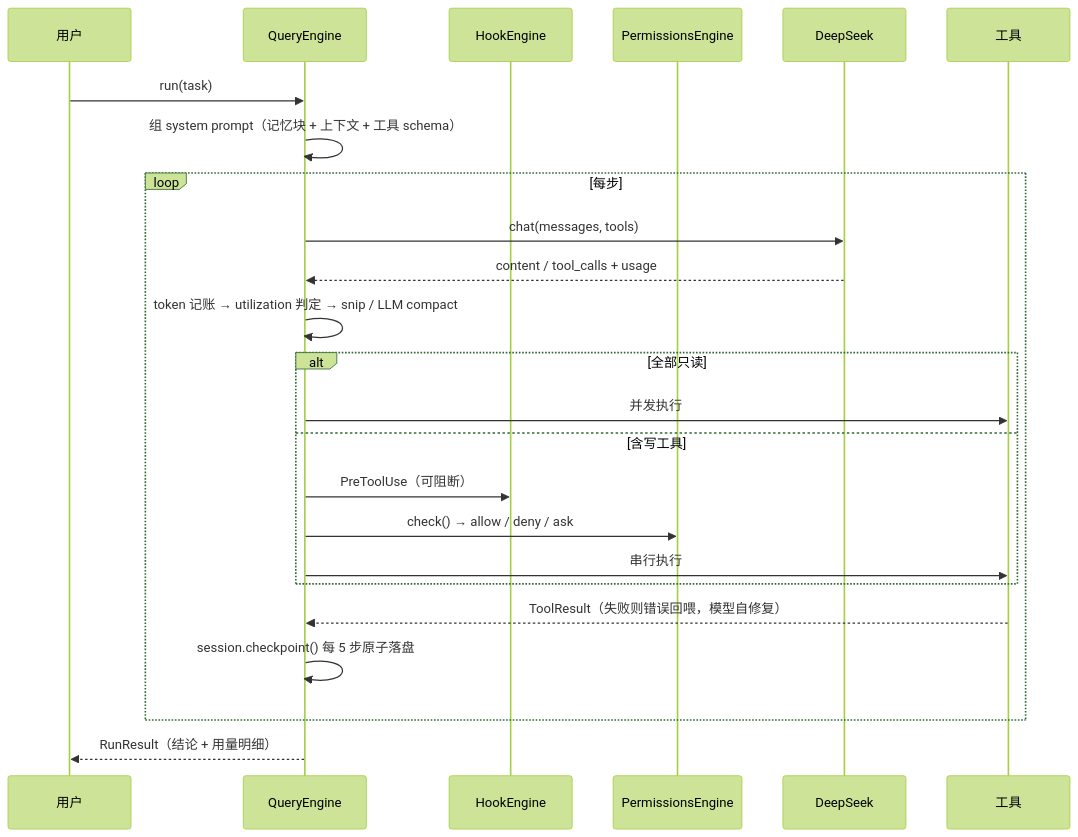
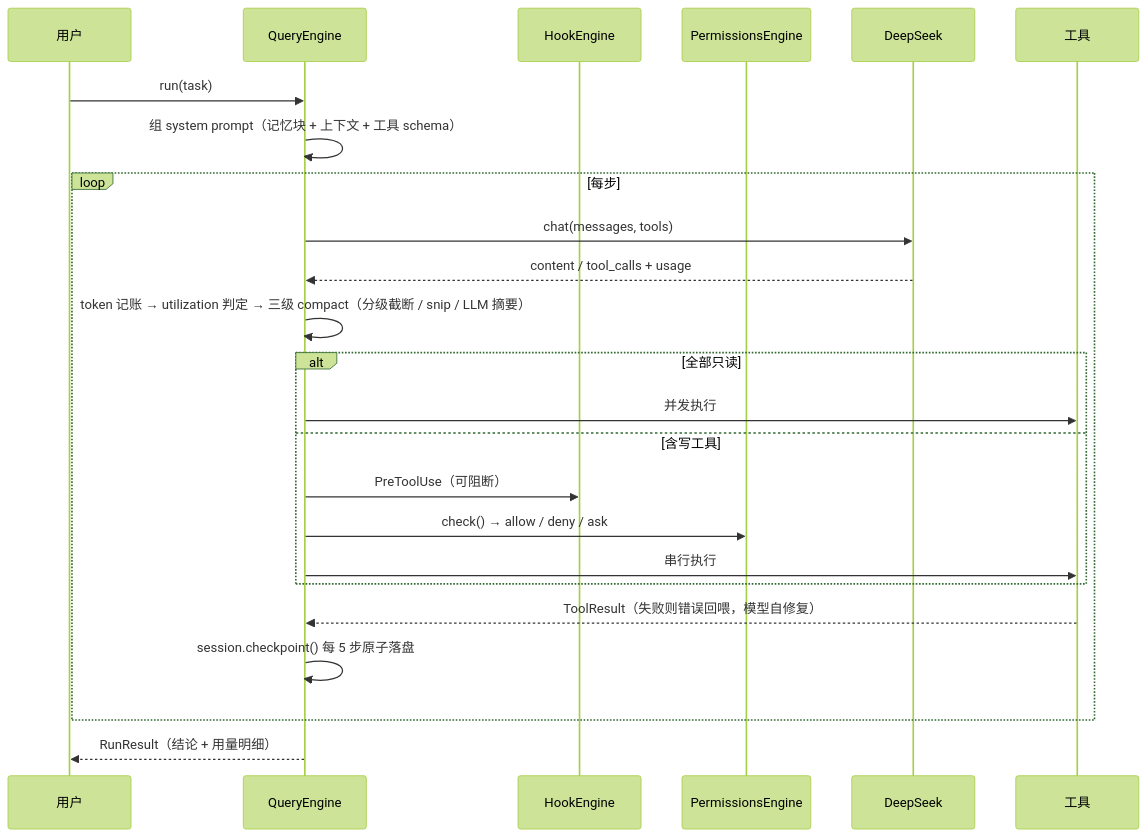
Before and after one commit to Goat-Donk/mini-coding: the second of 2 diagrams in README.md, drawn with Mermaid (forest theme). The commit also changed other lines of this file and 6 other files, not shown here.

````diff
--- a/README.md
+++ b/README.md
@@ -117,27 +146,27 @@
 ```mermaid
 sequenceDiagram
     participant U as 用户
     participant Q as QueryEngine
     participant H as HookEngine
     participant P as PermissionsEngine
     participant L as DeepSeek
     participant T as 工具
 
     U->>Q: run(task)
     Q->>Q: 组 system prompt（记忆块 + 上下文 + 工具 schema）
     loop 每步
         Q->>L: chat(messages, tools)
         L-->>Q: content / tool_calls + usage
-        Q->>Q: token 记账 → utilization 判定 → snip / LLM compact
+        Q->>Q: token 记账 → utilization 判定 → 三级 compact（分级截断 / snip / LLM 摘要）
         alt 全部只读
             Q->>T: 并发执行
         else 含写工具
             Q->>H: PreToolUse（可阻断）
             Q->>P: check() → allow / deny / ask
             Q->>T: 串行执行
         end
         T-->>Q: ToolResult（失败则错误回喂，模型自修复）
         Q->>Q: session.checkpoint() 每 5 步原子落盘
     end
     Q-->>U: RunResult（结论 + 用量明细）
 ```
````
